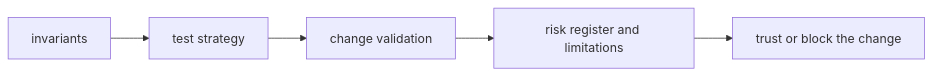
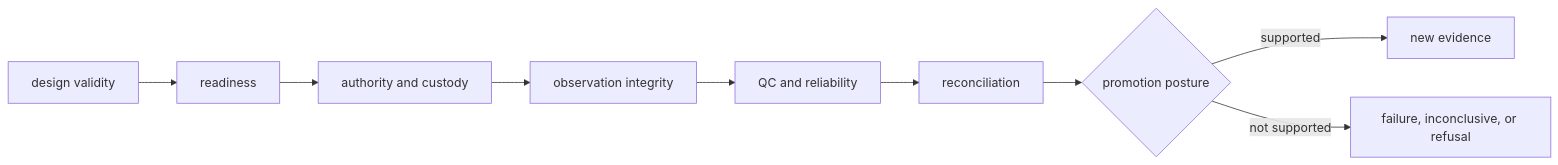
The diagram in docs/07-bijux-proteomics-lab/quality/index.md (bijux/bijux-proteomics), drawn with Mermaid before and after one commit. The commit also changed other lines of this file and 3 other files, not shown here.

````diff
--- a/docs/07-bijux-proteomics-lab/quality/index.md
+++ b/docs/07-bijux-proteomics-lab/quality/index.md
@@ -16,10 +17,11 @@
 ```mermaid
 flowchart LR
-    invariants["invariants"]
-    tests["test strategy"]
-    validation["change validation"]
-    risks["risk register and limitations"]
-    decision["trust or block the change"]
-
-    invariants --> tests --> validation --> risks --> decision
+    D["design validity"] --> R["readiness"]
+    R --> A["authority and custody"]
+    A --> O["observation integrity"]
+    O --> Q["QC and reliability"]
+    Q --> C["reconciliation"]
+    C --> P{"promotion posture"}
+    P -->|supported| E["new evidence"]
+    P -->|not supported| F["failure, inconclusive, or refusal"]
 ```
````
